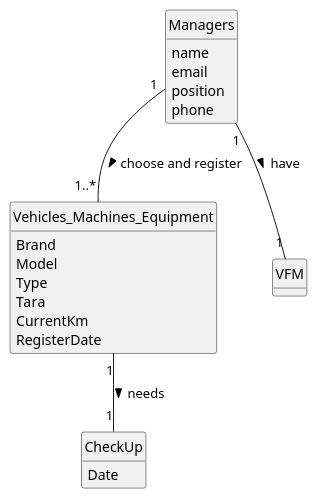
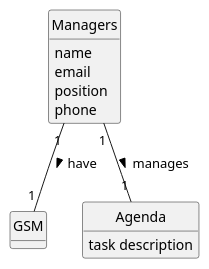
Before and after one commit to Departamento-de-Engenharia-Informatica/lei-24-s2-1df-1de-g063: the diagram in docs/SprintC/us24/02.analysis/puml/us024-domain-model.puml, drawn with PlantUML. The commit also changed other lines of this file and 15 other files, not shown here.

```diff
--- a/docs/SprintC/us24/02.analysis/puml/us024-domain-model.puml
+++ b/docs/SprintC/us24/02.analysis/puml/us024-domain-model.puml
@@ -1,41 +1,30 @@
 @startuml
 skinparam monochrome true
 skinparam packageStyle rectangle
 skinparam shadowing false
 skinparam monochrome true
 skinparam packageStyle rectangle
 skinparam shadowing false
 'skinparam linetype ortho
 'left to right direction
 skinparam classAttributeIconSize 0
 hide circle
 hide methods
 
-
-class Vehicles_Machines_Equipment{
- Brand
-  Model
-  Type
-  Tara
-  CurrentKm
-  RegisterDate
+class GSM {
 }
 
-class VFM {
-}
-
-class CheckUp {
-  Date
+class Agenda{
+    task description
 }
 
 class Managers {
     name
     email
     position
     phone
 }
 
-Managers "1" -- "1" VFM : have >
-Vehicles_Machines_Equipment "1" -- "1" CheckUp : needs >
-Managers "1" -- "1..*" Vehicles_Machines_Equipment : choose and register >
+Managers "1" -- "1" GSM : have >
+Managers "1" -- "1" Agenda: manages >
 @enduml
```
